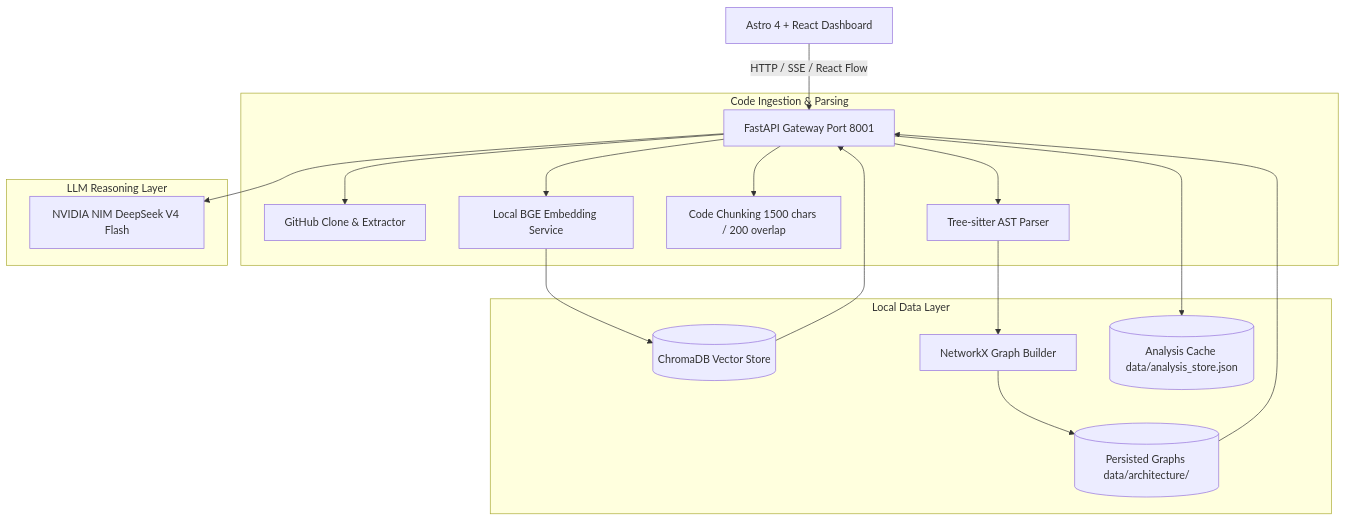
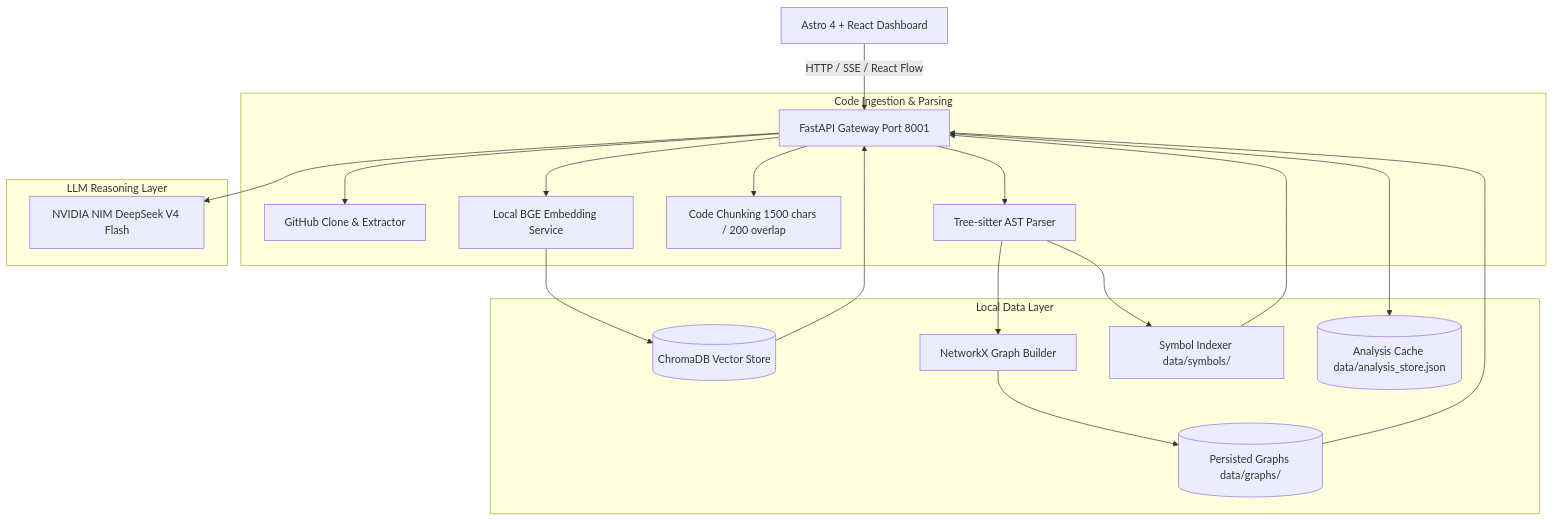
One commit to VarshithReddy2006/Repo-Intelligence-Agent changed the diagram in README.md. Above: the diagram before and after it, drawn with Mermaid. The commit also changed other lines of this file and 34 other files, not shown here.

Commit message:
feat: implement Phase 2 (interactive graph, symbol/PR intelligence, drift & dead code) and documentation updates

````diff
--- a/README.md
+++ b/README.md
@@ -104,25 +110,27 @@
 ```mermaid
 graph TD
     UI[Astro 4 + React Dashboard] -- HTTP / SSE / React Flow --> API[FastAPI Gateway Port 8001]
     
     subgraph Processing [Code Ingestion & Parsing]
         API --> GH[GitHub Clone & Extractor]
         API --> TS[Tree-sitter AST Parser]
         API --> CC[Code Chunking 1500 chars / 200 overlap]
         API --> ES[Local BGE Embedding Service]
     end
 
     subgraph Memory [Local Data Layer]
         ES --> Chroma[(ChromaDB Vector Store)]
         TS --> NX[NetworkX Graph Builder]
-        NX --> DB_Graph[(Persisted Graphs data/architecture/)]
+        NX --> DB_Graph[(Persisted Graphs data/graphs/)]
+        TS --> SYM[Symbol Indexer data/symbols/]
         API --> DB_Store[(Analysis Cache data/analysis_store.json)]
     end
 
     subgraph AI [LLM Reasoning Layer]
         API --> NIM[NVIDIA NIM DeepSeek V4 Flash]
     end
     
     Chroma --> API
     DB_Graph --> API
+    SYM --> API
 ```
````
